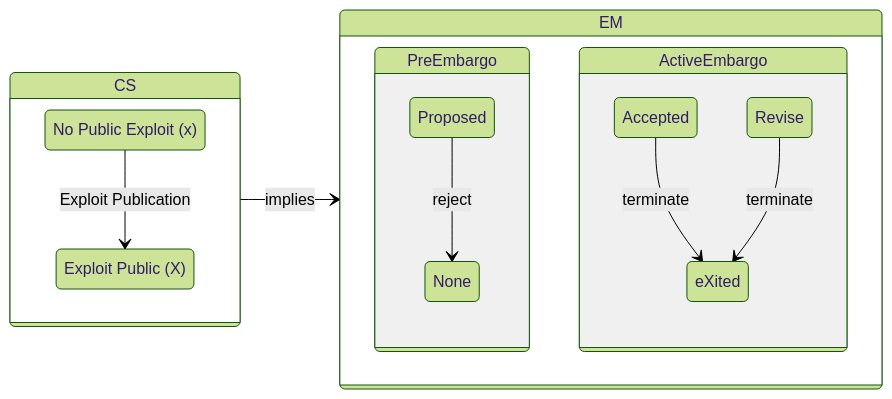
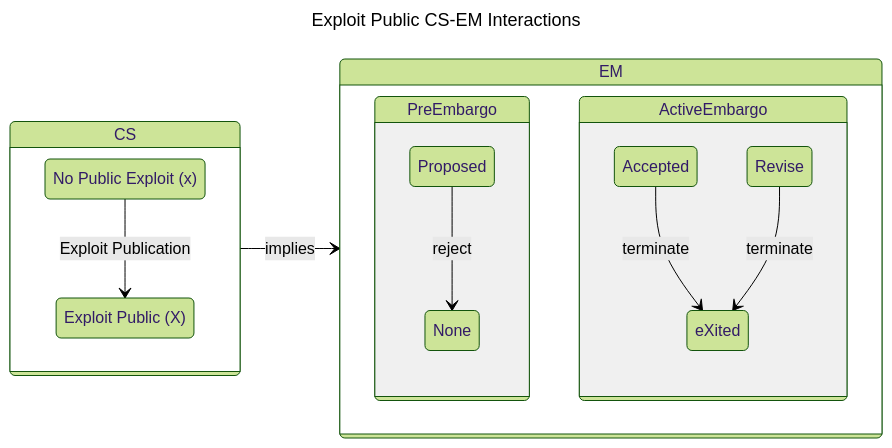
One commit to CERTCC/Vultron changed the eighth of 9 diagrams in docs/topics/process_models/model_interactions/rm_em_cs.md. Above: the diagram before and after it, drawn with Mermaid (forest theme). The commit also changed other lines of this file and 30 other files, not shown here.

````diff
--- a/docs/topics/process_models/model_interactions/rm_em_cs.md
+++ b/docs/topics/process_models/model_interactions/rm_em_cs.md
@@ -356,20 +378,23 @@
 ```mermaid
+---
+title: Exploit Public CS-EM Interactions
+---
 stateDiagram-v2
     direction LR
     state CS {
         x: No Public Exploit (x)
         X: Exploit Public (X)
 
         x --> X : Exploit Publication
     }
     state EM {
         state PreEmbargo{ 
             Proposed --> None: reject
         }
         state ActiveEmbargo {
             Accepted --> eXited: terminate
             Revise --> eXited: terminate
         }
     }
     CS --> EM: implies
 ```
````
